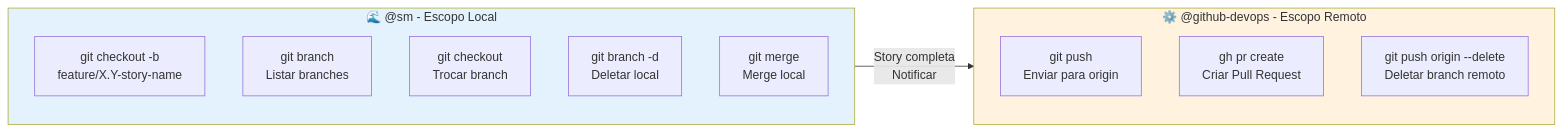
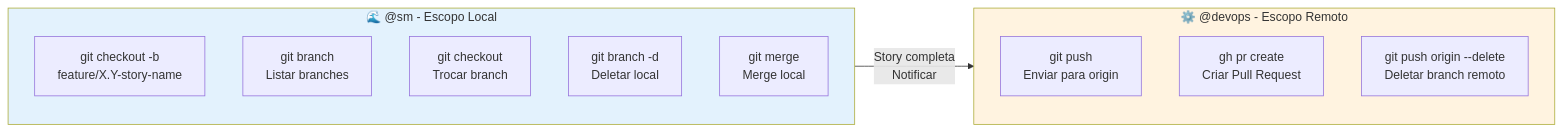
The third of 4 diagrams in docs/guides/agents/SM-SYSTEM.md (gigio-cangini-mentor/sei-la), drawn with Mermaid before and after one commit. The commit also changed other lines of this file and 79 other files, not shown here.

````diff
--- a/docs/guides/agents/SM-SYSTEM.md
+++ b/docs/guides/agents/SM-SYSTEM.md
@@ -200,21 +200,21 @@
 ```mermaid
 flowchart LR
     subgraph SM_SCOPE["🌊 @sm - Escopo Local"]
         CREATE_BRANCH["git checkout -b<br/>feature/X.Y-story-name"]
         LIST_BRANCH["git branch<br/>Listar branches"]
         SWITCH_BRANCH["git checkout<br/>Trocar branch"]
         DELETE_LOCAL["git branch -d<br/>Deletar local"]
         MERGE_LOCAL["git merge<br/>Merge local"]
     end
 
-    subgraph DEVOPS_SCOPE["⚙️ @github-devops - Escopo Remoto"]
+    subgraph DEVOPS_SCOPE["⚙️ @devops - Escopo Remoto"]
         PUSH["git push<br/>Enviar para origin"]
         CREATE_PR["gh pr create<br/>Criar Pull Request"]
         DELETE_REMOTE["git push origin --delete<br/>Deletar branch remoto"]
     end
 
     SM_SCOPE -->|"Story completa<br/>Notificar"| DEVOPS_SCOPE
 
     style SM_SCOPE fill:#e3f2fd
     style DEVOPS_SCOPE fill:#fff3e0
 ```
````
